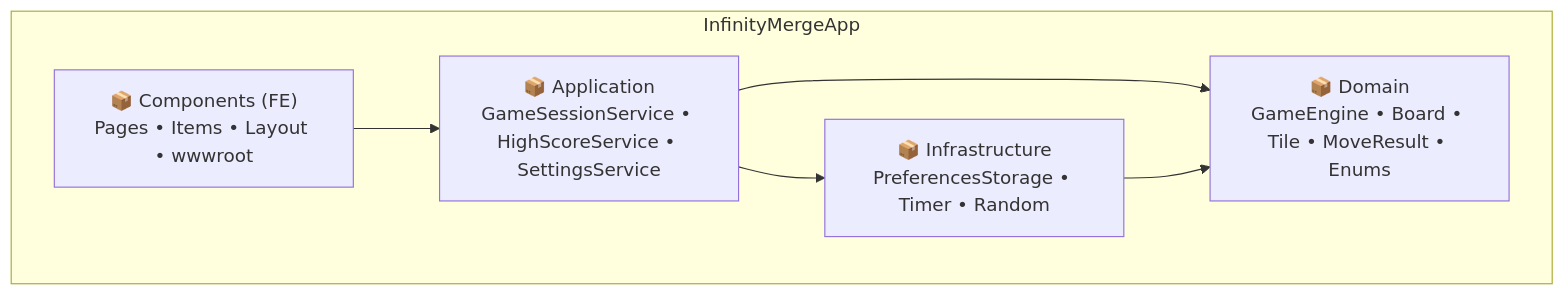
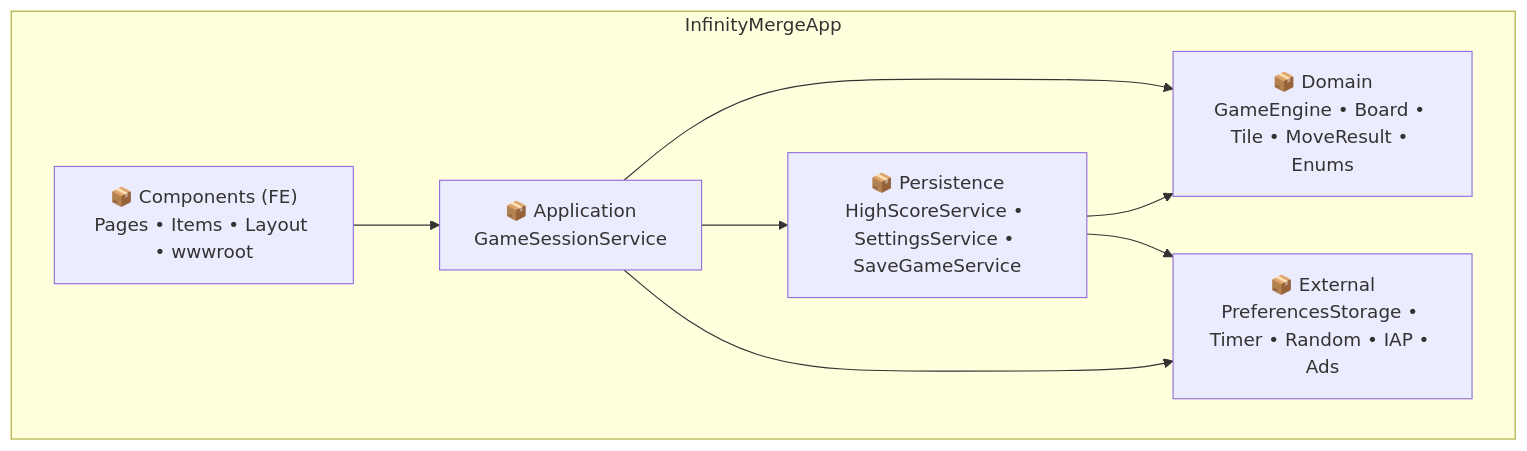
One commit to LeThaiAn15112004/2048-Infinity-Merge changed the fifth of 9 diagrams in Docs/software_design.md. Above: the diagram before and after it, drawn with Mermaid. The commit also changed other lines of this file and 7 other files, not shown here.

````diff
--- a/Docs/software_design.md
+++ b/Docs/software_design.md
@@ -156,13 +166,16 @@
 ```mermaid
 flowchart TB
     subgraph App["InfinityMergeApp"]
         FE["📦 Components (FE)<br/>Pages • Items • Layout • wwwroot"]
-        AppL["📦 Application<br/>GameSessionService • HighScoreService • SettingsService"]
+        AppL["📦 Application<br/>GameSessionService"]
         Dom["📦 Domain<br/>GameEngine • Board • Tile • MoveResult • Enums"]
-        Inf["📦 Infrastructure<br/>PreferencesStorage • Timer • Random"]
+        Per["📦 Persistence<br/>HighScoreService • SettingsService • SaveGameService"]
+        Inf["📦 External<br/>PreferencesStorage • Timer • Random • IAP • Ads"]
     end
     FE --> AppL
     AppL --> Dom
+    AppL --> Per
+    Per --> Dom
+    Per --> Inf
     AppL --> Inf
-    Inf --> Dom
 ```
````
